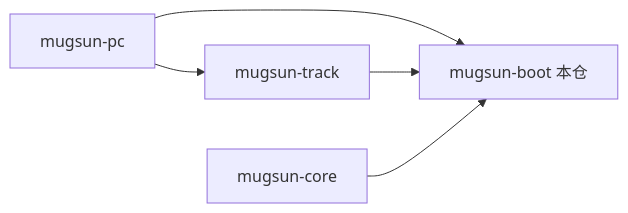
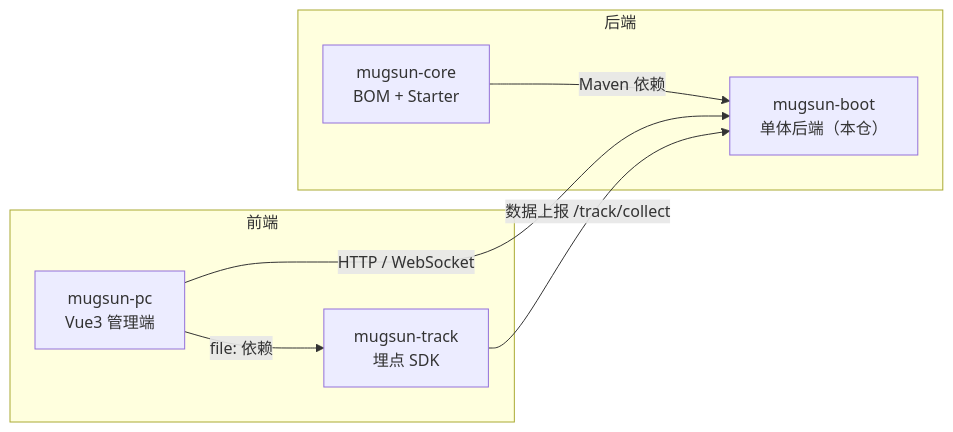
Before and after one commit to curdx/mugsun-boot: the first of 2 diagrams in README.md, drawn with Mermaid. The commit also changed other lines of this file and 2 other files, not shown here.

````diff
--- a/README.md
+++ b/README.md
@@ -37,7 +39,15 @@
 ```mermaid
 graph LR
-    PC[mugsun-pc] --> BOOT[mugsun-boot 本仓]
-    TRACK[mugsun-track] --> BOOT
-    CORE[mugsun-core] --> BOOT
-    PC --> TRACK
+    subgraph 前端
+        PC["mugsun-pc<br/>Vue3 管理端"]
+        TRACK["mugsun-track<br/>埋点 SDK"]
+    end
+    subgraph 后端
+        BOOT["mugsun-boot<br/>单体后端（本仓）"]
+        CORE["mugsun-core<br/>BOM + Starter"]
+    end
+    CORE -->|Maven 依赖| BOOT
+    PC -->|file: 依赖| TRACK
+    PC -->|HTTP / WebSocket| BOOT
+    TRACK -->|数据上报 /track/collect| BOOT
 ```
````
